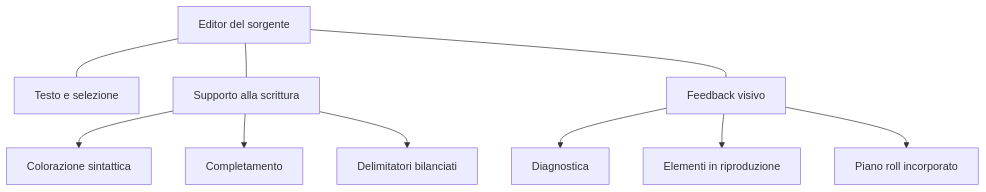
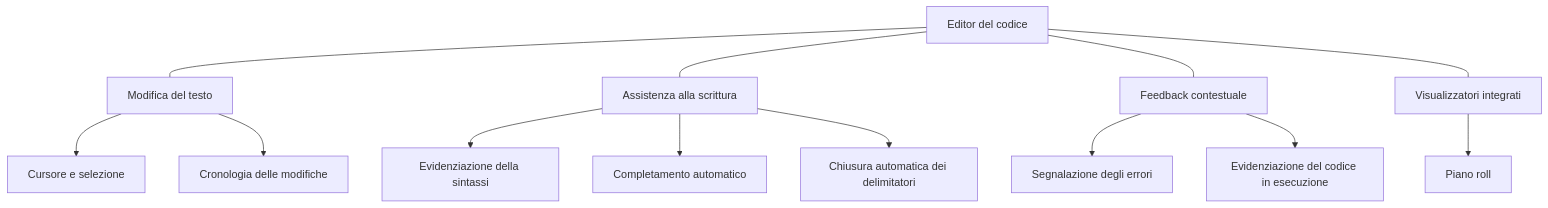
One commit to Morsu7/PPS-26-SoundCode changed the fourth of 4 diagrams in docs/05-design-di-dettaglio.md. Above: the diagram before and after it, drawn with Mermaid. The commit also changed other lines of this file and 3 other files, not shown here.

````diff
--- a/docs/05-design-di-dettaglio.md
+++ b/docs/05-design-di-dettaglio.md
@@ -165,15 +157,20 @@
 ```mermaid
 flowchart TB
-    EDITOR[Editor del sorgente]
-    EDITOR --- TEXT[Testo e selezione]
-    EDITOR --- AID[Supporto alla scrittura]
-    EDITOR --- FEEDBACK[Feedback visivo]
+    EDITOR[Editor del codice]
+    EDITOR --- EDITING[Modifica del testo]
+    EDITOR --- ASSIST[Assistenza alla scrittura]
+    EDITOR --- FEEDBACK[Feedback contestuale]
+    EDITOR --- VISUAL[Visualizzatori integrati]
 
-    AID --> SYNTAX[Colorazione sintattica]
-    AID --> COMPLETE[Completamento]
-    AID --> PAIR[Delimitatori bilanciati]
+    EDITING --> CURSOR[Cursore e selezione]
+    EDITING --> HISTORY[Cronologia delle modifiche]
 
-    FEEDBACK --> ERROR[Diagnostica]
-    FEEDBACK --> ACTIVE[Elementi in riproduzione]
-    FEEDBACK --> ROLL[Piano roll incorporato]
+    ASSIST --> SYNTAX[Evidenziazione della sintassi]
+    ASSIST --> COMPLETE[Completamento automatico]
+    ASSIST --> PAIR[Chiusura automatica dei delimitatori]
+
+    FEEDBACK --> ERROR[Segnalazione degli errori]
+    FEEDBACK --> ACTIVE[Evidenziazione del codice in esecuzione]
+
+    VISUAL --> ROLL[Piano roll]
 ```
````
